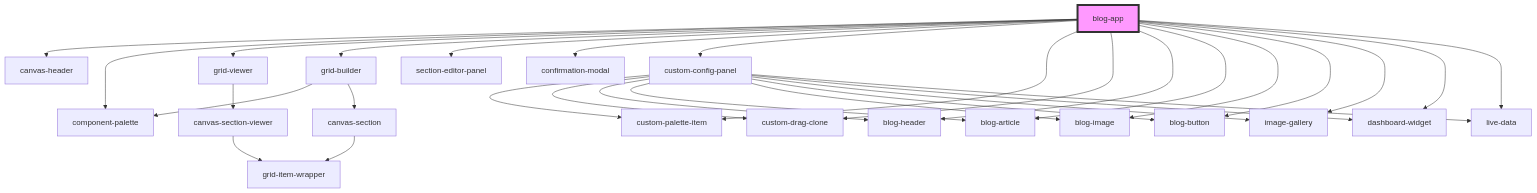
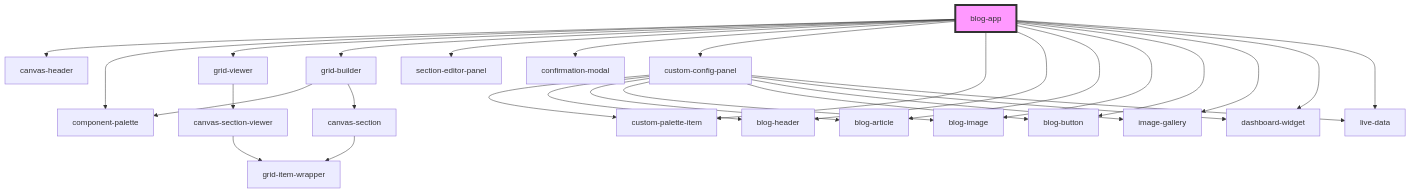
Before and after one commit to lucidworks/grid-builder-poc: the diagram in stencil-grid-builder/src/demo/components/blog-app/readme.md, drawn with Mermaid. The commit also changed other lines of this file and 39 other files, not shown here.

First line of the commit message:
Fix drag clone rendering by reverting to HTML strings

````diff
--- a/stencil-grid-builder/src/demo/components/blog-app/readme.md
+++ b/stencil-grid-builder/src/demo/components/blog-app/readme.md
@@ -38,34 +37,32 @@
 ```mermaid
 graph TD;
   blog-app --> canvas-header
   blog-app --> component-palette
   blog-app --> grid-viewer
   blog-app --> grid-builder
   blog-app --> section-editor-panel
   blog-app --> confirmation-modal
   blog-app --> custom-config-panel
   blog-app --> custom-palette-item
-  blog-app --> custom-drag-clone
   blog-app --> blog-header
   blog-app --> blog-article
   blog-app --> blog-image
   blog-app --> blog-button
   blog-app --> image-gallery
   blog-app --> dashboard-widget
   blog-app --> live-data
   grid-viewer --> canvas-section-viewer
   canvas-section-viewer --> grid-item-wrapper
   grid-builder --> component-palette
   grid-builder --> canvas-section
   canvas-section --> grid-item-wrapper
   custom-config-panel --> custom-palette-item
-  custom-config-panel --> custom-drag-clone
   custom-config-panel --> blog-header
   custom-config-panel --> blog-article
   custom-config-panel --> blog-image
   custom-config-panel --> blog-button
   custom-config-panel --> image-gallery
   custom-config-panel --> dashboard-widget
   custom-config-panel --> live-data
   style blog-app fill:#f9f,stroke:#333,stroke-width:4px
 ```
````
